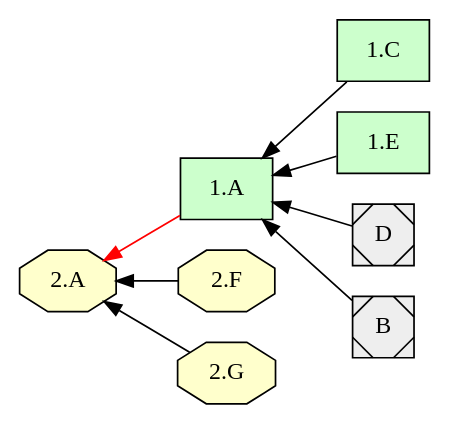
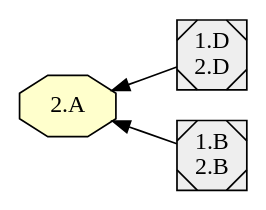
The diagram in example/abstract4/abstract4_1.dot (EulerProject/EulerX), drawn with Graphviz before and after one commit. The commit also changed 12 other files, not shown here.

```diff
--- a/example/abstract4/abstract4_1.dot
+++ b/example/abstract4/abstract4_1.dot
@@ -1,40 +1,21 @@
 digraph {
 
 rankdir = RL
 
   node [shape=box style="filled" fillcolor="#CCFFCC"]
-  "1.C"
-  "1.A"
-  "1.E"
-  "1.A"
-  "1.A"
-  "1.A"
-  "1.A"
   node [shape=octagon style="filled" fillcolor="#FFFFCC"]
-  "2.F"
-  "2.A"
-  "2.G"
-  "2.A"
-  "2.A"
   "2.A"
   "2.A"
   node [shape=Msquare style="filled" fillcolor="#EEEEEE"]
-  "D"
-  "B"
-  "B"
-  "D"
-  "D"
-  "B"
-  "D"
-  "B"
-  "1.C" -> "1.A" [style=filled, color=black];
-  "1.E" -> "1.A" [style=filled, color=black];
-  "2.F" -> "2.A" [style=filled, color=black];
-  "2.G" -> "2.A" [style=filled, color=black];
-  "1.A" -> "2.A" [style=filled, color=red];
-  "D" -> "1.A" [style=filled, color=black];
-  "B" -> "1.A" [style=filled, color=black];
+  "1.D\n2.D"
+  "1.B\n2.B"
+  "1.B\n2.B"
+  "1.D\n2.D"
+  "1.D\n2.D"
+  "1.B\n2.B"
+  "1.D\n2.D" -> "2.A" [style=filled, color=black];
+  "1.B\n2.B" -> "2.A" [style=filled, color=black];
   subgraph cluster_lg {
     rankdir = LR
   }
 }
```
